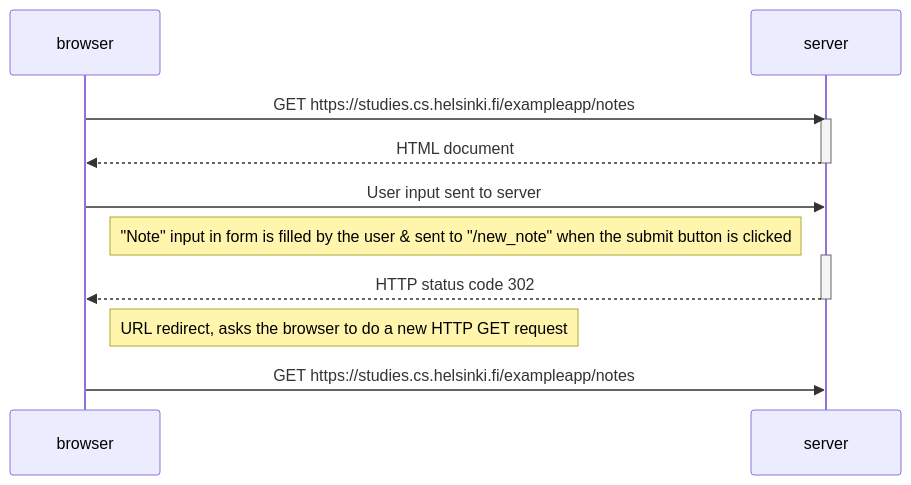
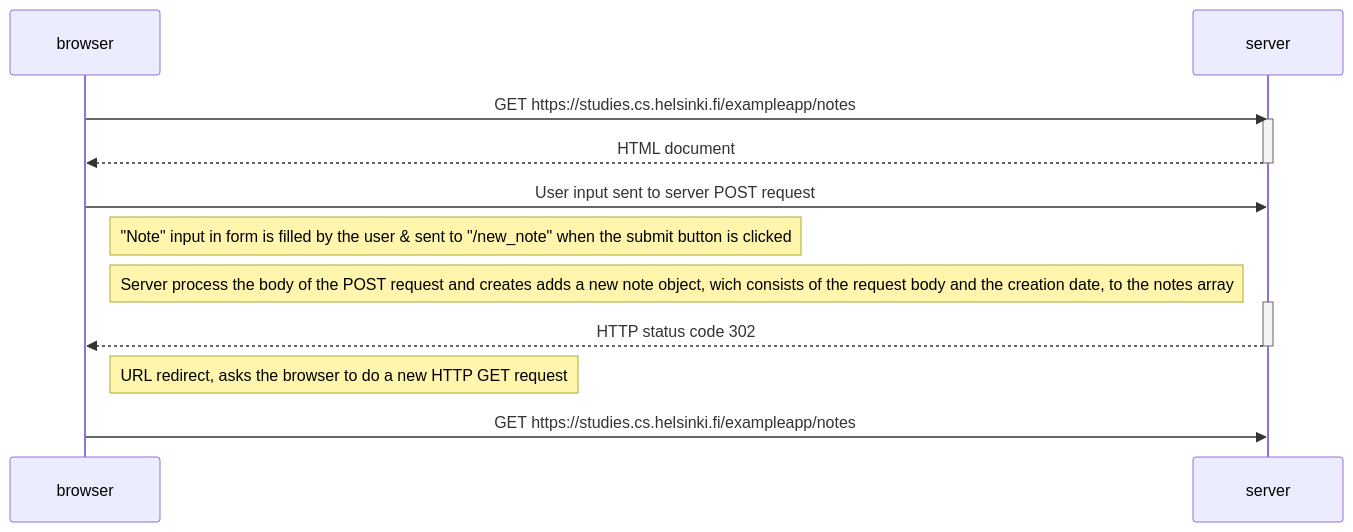
One commit to Burstniart/fullstackopen changed the diagram in part0/new_note_diagram.md. Above: the diagram before and after it, drawn with Mermaid.

Commit message:
Post request

````diff
--- a/part0/new_note_diagram.md
+++ b/part0/new_note_diagram.md
@@ -1,23 +1,24 @@
 ```mermaid
 sequenceDiagram
     participant browser
     participant server
 
     browser->>server: GET https://studies.cs.helsinki.fi/exampleapp/notes
     activate server
     server-->>browser: HTML document
     deactivate server
 
-    browser->>server: User input sent to server
+    browser->>server: User input sent to server POST request
 
     Note right of browser: "Note" input in form is filled by the user & sent to "/new_note" when the submit button is clicked
+    Note right of browser: Server process the body of the POST request and creates adds a new note object, wich consists of the request body and the creation date, to the notes array
 
     activate server
     server-->>browser: HTTP status code 302
     deactivate server
 
     Note right of browser: URL redirect, asks the browser to do a new HTTP GET request
     
     browser->>server: GET https://studies.cs.helsinki.fi/exampleapp/notes
     
 ```
````
